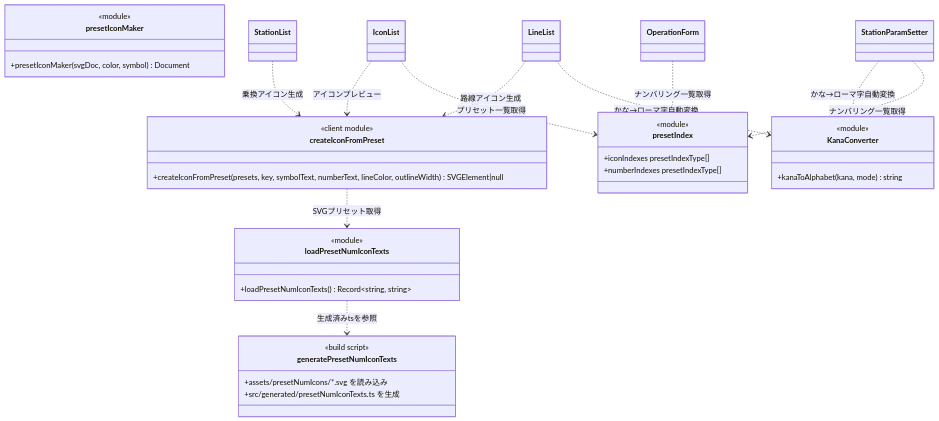
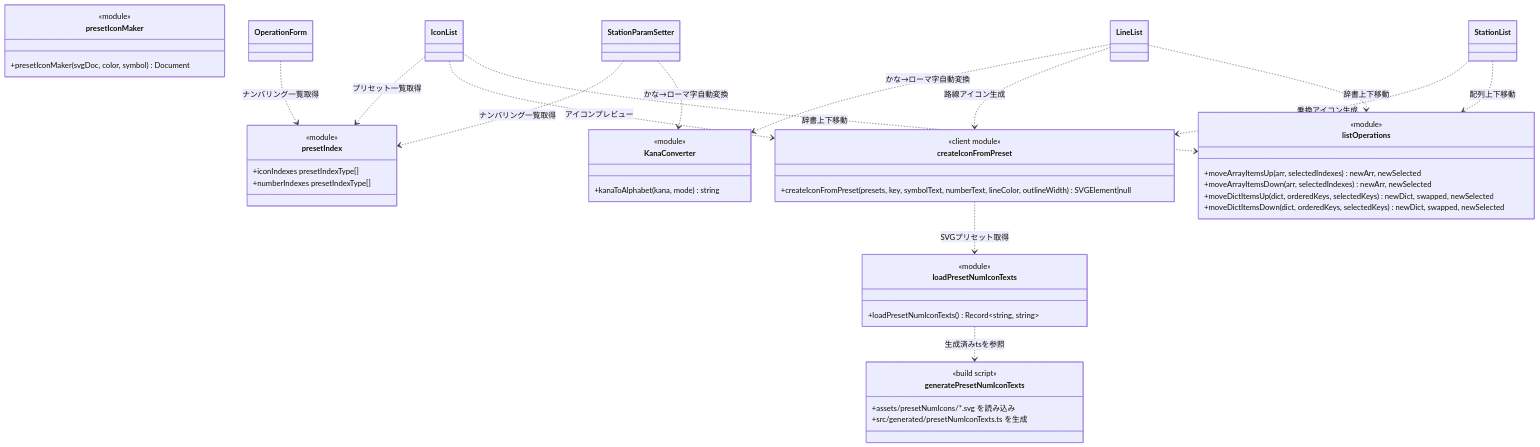
The fourth of 4 diagrams in spec.md (gosenzoo/trainLCD_deploy), drawn with Mermaid before and after one commit. The commit also changed other lines of this file and 10 other files, not shown here.

Commit message:
トグルスイッチ、トグルボタン実装。運用設定をタブ表示に変更。LineList,IconListの操作を追加。接続路線をリストで表示。路線追加ポップアップ実装。

````diff
--- a/spec.md
+++ b/spec.md
@@ -319,46 +569,57 @@
 ```mermaid
 classDiagram
 
     class createIconFromPreset {
         <<client module>>
         +createIconFromPreset(presets, key, symbolText, numberText, lineColor, outlineWidth) SVGElement|null
     }
 
     class loadPresetNumIconTexts {
         <<module>>
         +loadPresetNumIconTexts() Record~string, string~
     }
 
     class presetIndex {
         <<module>>
         +iconIndexes presetIndexType[]
         +numberIndexes presetIndexType[]
     }
 
     class KanaConverter {
         <<module>>
         +kanaToAlphabet(kana, mode) string
     }
 
     class presetIconMaker {
         <<module>>
         +presetIconMaker(svgDoc, color, symbol) Document
     }
 
     class generatePresetNumIconTexts {
         <<build script>>
         +assets/presetNumIcons/*.svg を読み込み
         +src/generated/presetNumIconTexts.ts を生成
     }
 
+    class listOperations {
+        <<module>>
+        +moveArrayItemsUp(arr, selectedIndexes) newArr, newSelected
+        +moveArrayItemsDown(arr, selectedIndexes) newArr, newSelected
+        +moveDictItemsUp(dict, orderedKeys, selectedKeys) newDict, swapped, newSelected
+        +moveDictItemsDown(dict, orderedKeys, selectedKeys) newDict, swapped, newSelected
+    }
+
+    StationList ..> listOperations : 配列上下移動
+    LineList ..> listOperations : 辞書上下移動
+    IconList ..> listOperations : 辞書上下移動
     StationList ..> createIconFromPreset : 乗換アイコン生成
     LineList ..> createIconFromPreset : 路線アイコン生成
     IconList ..> createIconFromPreset : アイコンプレビュー
     StationParamSetter ..> KanaConverter : かな→ローマ字自動変換
     LineList ..> KanaConverter : かな→ローマ字自動変換
     createIconFromPreset ..> loadPresetNumIconTexts : SVGプリセット取得
     loadPresetNumIconTexts ..> generatePresetNumIconTexts : 生成済みtsを参照
     IconList ..> presetIndex : プリセット一覧取得
     OperationForm ..> presetIndex : ナンバリング一覧取得
     StationParamSetter ..> presetIndex : ナンバリング一覧取得
 ```
````
